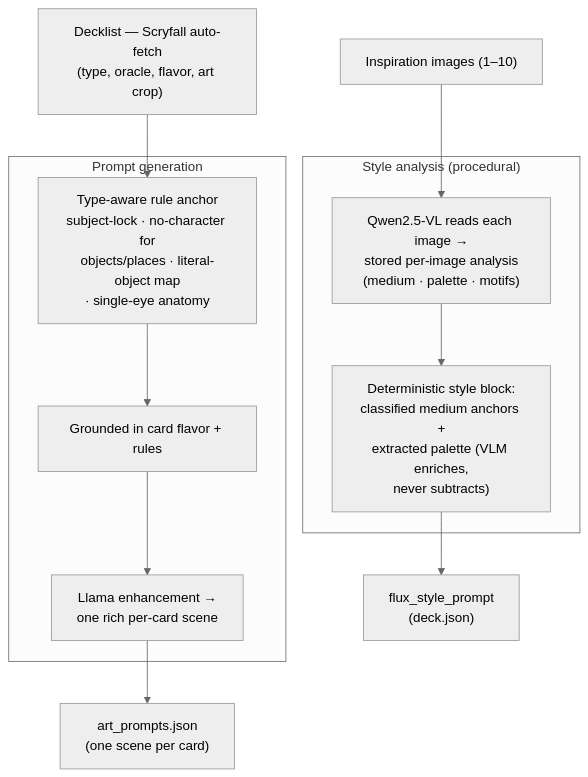
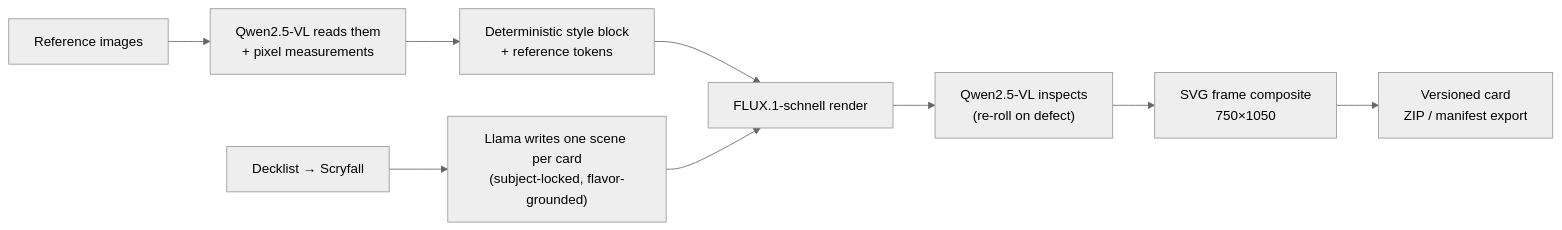
One commit to drew-valentine/deck-art-studio changed the diagram in README.md. Above: the diagram before and after it, drawn with Mermaid (neutral theme). The commit also changed other lines of this file and 1 other file, not shown here.

````diff
--- a/README.md
+++ b/README.md
@@ -188,19 +139,8 @@
 ```mermaid
-flowchart TD
-    INSP["Inspiration images (1–10)"]
-    CARD["Decklist — Scryfall auto-fetch\n(type, oracle, flavor, art crop)"]
-
-    subgraph VIS["Style analysis (procedural)"]
-        VLM["Qwen2.5-VL reads each image →\nstored per-image analysis\n(medium · palette · motifs)"]
-        RECON["Deterministic style block:\nclassified medium anchors +\nextracted palette (VLM enriches,\nnever subtracts)"]
-    end
-
-    subgraph PR["Prompt generation"]
-        ANCHOR["Type-aware rule anchor\nsubject-lock · no-character for\nobjects/places · literal-object map\n· single-eye anatomy"]
-        GROUND["Grounded in card flavor + rules"]
-        LLMP["Llama enhancement →\none rich per-card scene"]
-    end
-
-    INSP --> VLM --> RECON --> FSP["flux_style_prompt\n(deck.json)"]
-    CARD --> ANCHOR --> GROUND --> LLMP --> AP["art_prompts.json\n(one scene per card)"]
+flowchart LR
+    INSP["Reference images"] --> VLM["Qwen2.5-VL reads them\n+ pixel measurements"] --> STYLE["Deterministic style block\n+ reference tokens"]
+    DECK["Decklist → Scryfall"] --> WRITER["Llama writes one scene per card\n(subject-locked, flavor-grounded)"]
+    STYLE --> FLUX["FLUX.1-schnell render"]
+    WRITER --> FLUX
+    FLUX --> INSPECT["Qwen2.5-VL inspects\n(re-roll on defect)"] --> FRAME["SVG frame composite\n750×1050"] --> OUT["Versioned card\nZIP / manifest export"]
 ```
````
